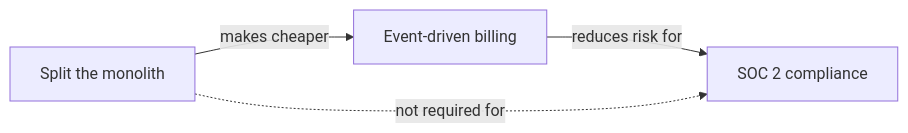
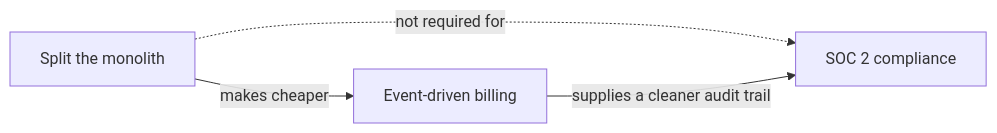
The first of 2 diagrams in src/content/architecture/technical-strategy-roadmapping/L2-concept.mdx (francoandreDev/knowledge), drawn with Mermaid before and after one commit. The commit also changed other lines of this file and 18 other files, not shown here.

Commit message:
Migrate architecture batch 4 (architecture-for-compliance, cost-aware-architecture, architecture-review, technical-strategy-roadmapping) to the three-tier exercise model

````diff
--- a/src/content/architecture/technical-strategy-roadmapping/L2-concept.mdx
+++ b/src/content/architecture/technical-strategy-roadmapping/L2-concept.mdx
@@ -84,6 +89,6 @@
 ```mermaid
 flowchart LR
-    A[Split the monolith] -->|makes cheaper| B[Event-driven billing]
-    B -->|reduces risk for| C[SOC 2 compliance]
-    A -.->|not required for| C
+    A["Split the monolith"] -->|"makes cheaper"| B["Event-driven billing"]
+    A -.->|"not required for"| C["SOC 2 compliance"]
+    B -->|"supplies a cleaner audit trail"| C
 ```
````
